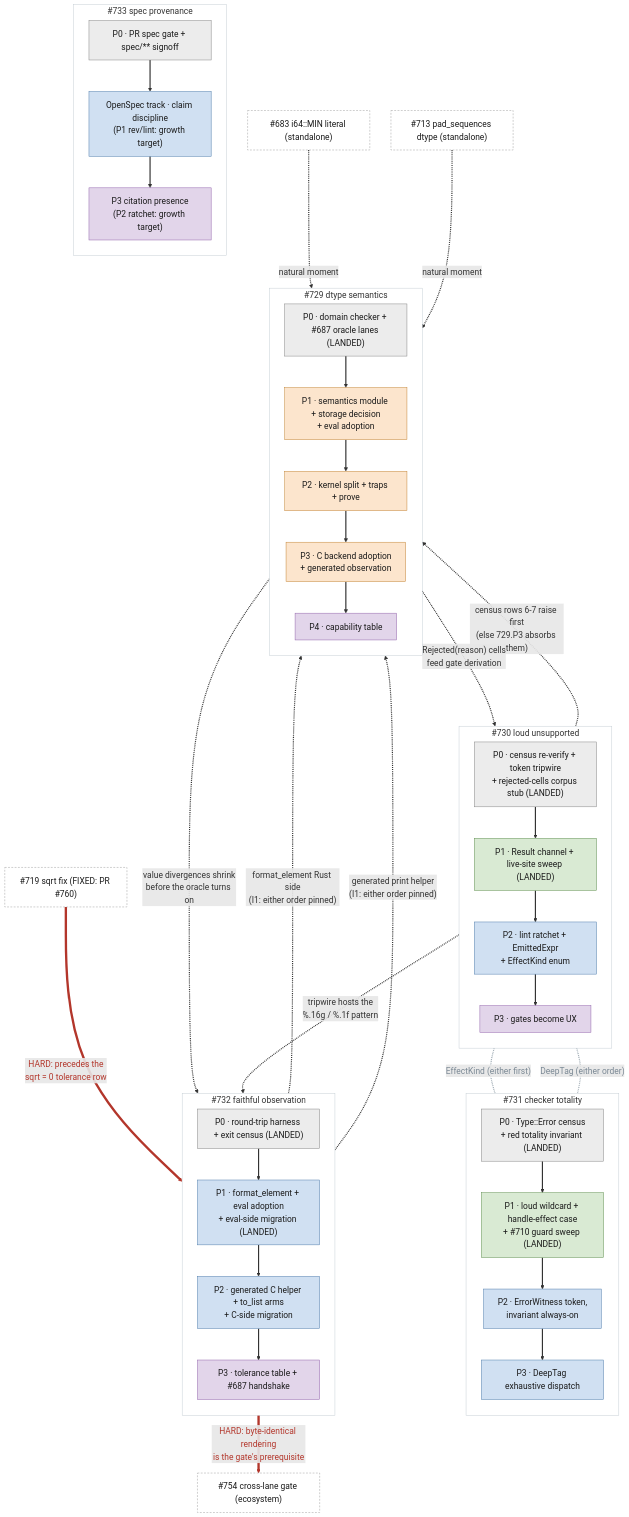
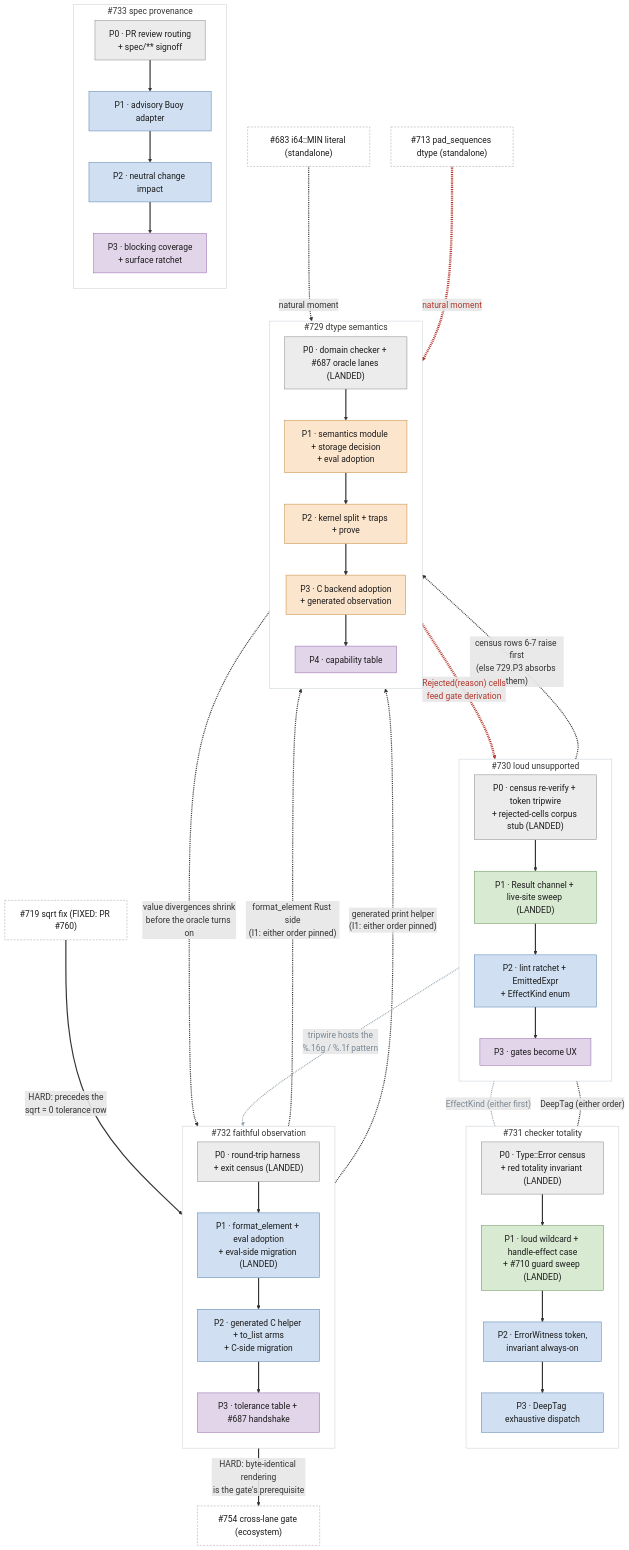
One commit to Chelis-Lang/chelis changed the diagram in spec/design/remediation_roadmap.md. Above: the diagram before and after it, drawn with Mermaid. The commit also changed other lines of this file and 2 other files, not shown here.

Commit message:
docs(spec): base provenance design on Buoy

```diff
--- a/spec/design/remediation_roadmap.md
+++ b/spec/design/remediation_roadmap.md
@@ -127,10 +129,11 @@
 
   subgraph S733["#733 spec provenance"]
     direction TB
-    n733p0["P0 · PR spec gate + spec/** signoff"]:::w0
-    n733p1["OpenSpec track · claim discipline<br/>(P1 rev/lint: growth target)"]:::w2
-    n733p23["P3 citation presence<br/>(P2 ratchet: growth target)"]:::w4
-    n733p0 --> n733p1 --> n733p23
+    n733p0["P0 · PR review routing<br/>+ spec/** signoff"]:::w0
+    n733p1["P1 · advisory Buoy adapter"]:::w2
+    n733p2["P2 · neutral change impact"]:::w2
+    n733p3["P3 · blocking coverage<br/>+ surface ratchet"]:::w4
+    n733p0 --> n733p1 --> n733p2 --> n733p3
   end
 
   subgraph S730["#730 loud unsupported"]
```
